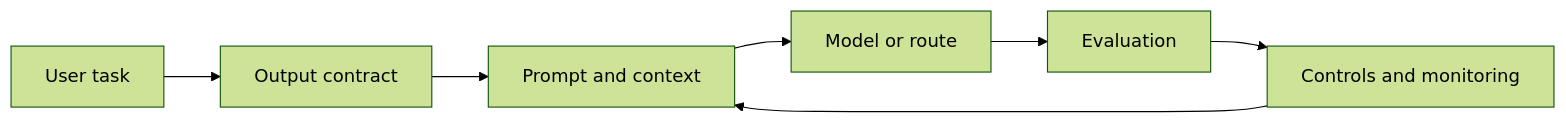
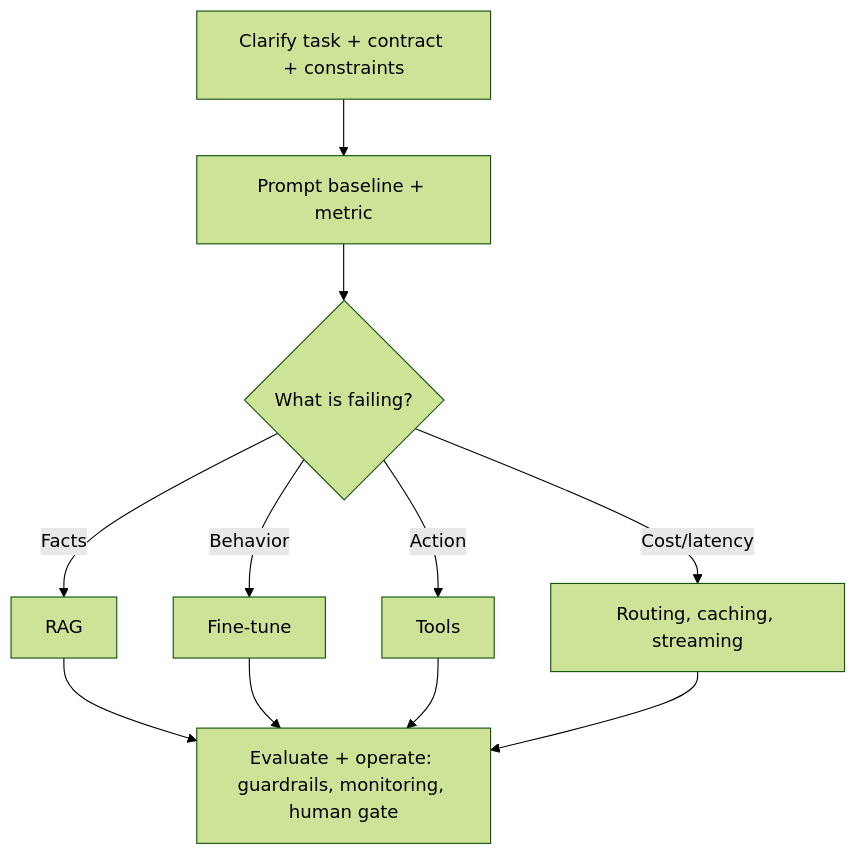
The diagram in llms/17-llm-interview-patterns.md (Icon1cc/Machine-Learning), drawn with Mermaid (forest theme) before and after one commit. The commit also changed other lines of this file and 118 other files, not shown here.

````diff
--- a/llms/17-llm-interview-patterns.md
+++ b/llms/17-llm-interview-patterns.md
@@ -99,9 +73,13 @@
 ```mermaid
-flowchart LR
-    A[User task] --> B[Output contract]
-    B --> C[Prompt and context]
-    C --> D[Model or route]
-    D --> E[Evaluation]
-    E --> F[Controls and monitoring]
-    F --> C
+flowchart TD
+    A[Clarify task + contract + constraints] --> B[Prompt baseline + metric]
+    B --> C{What is failing?}
+    C -- Facts --> D[RAG]
+    C -- Behavior --> E[Fine-tune]
+    C -- Action --> F[Tools]
+    C -- Cost/latency --> G[Routing, caching, streaming]
+    D --> H[Evaluate + operate: guardrails, monitoring, human gate]
+    E --> H
+    F --> H
+    G --> H
 ```
````
